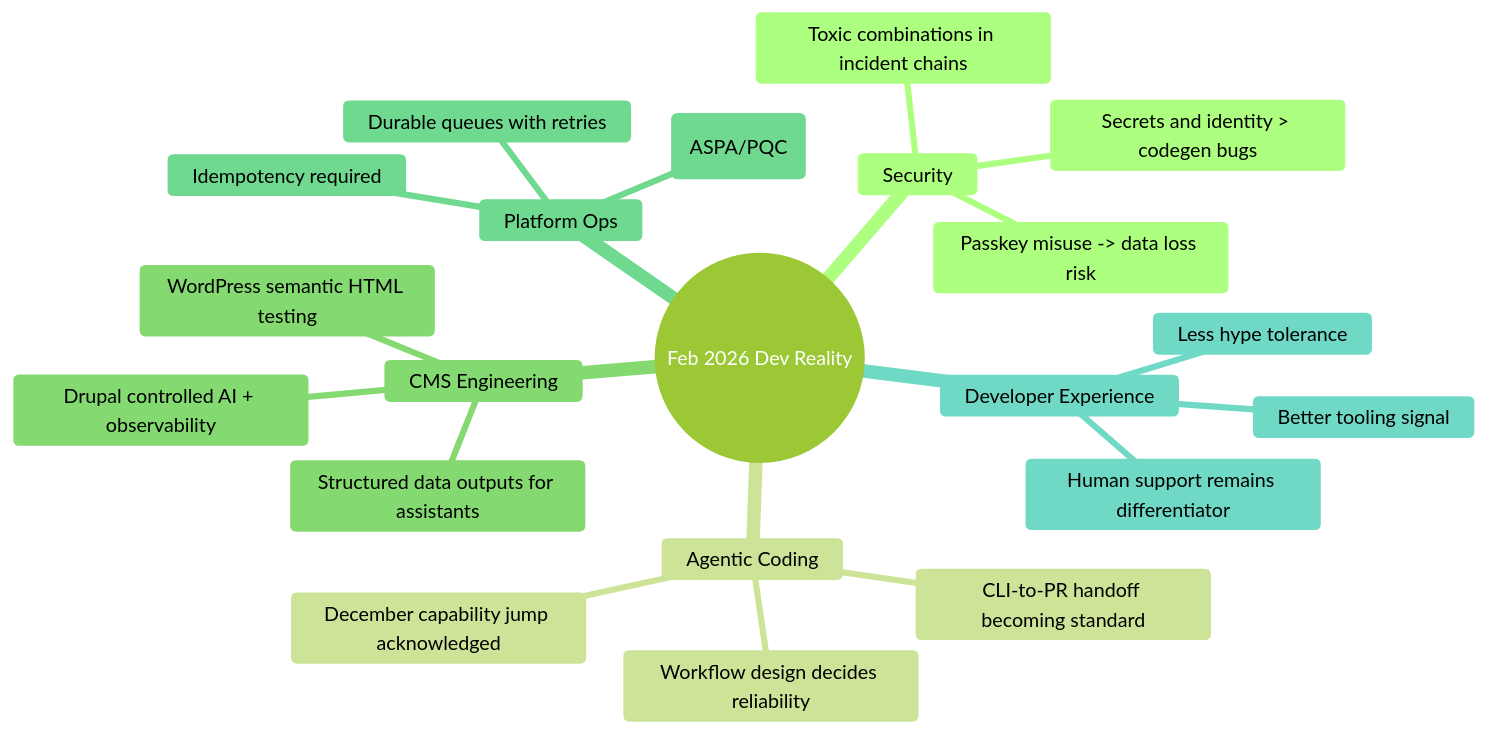
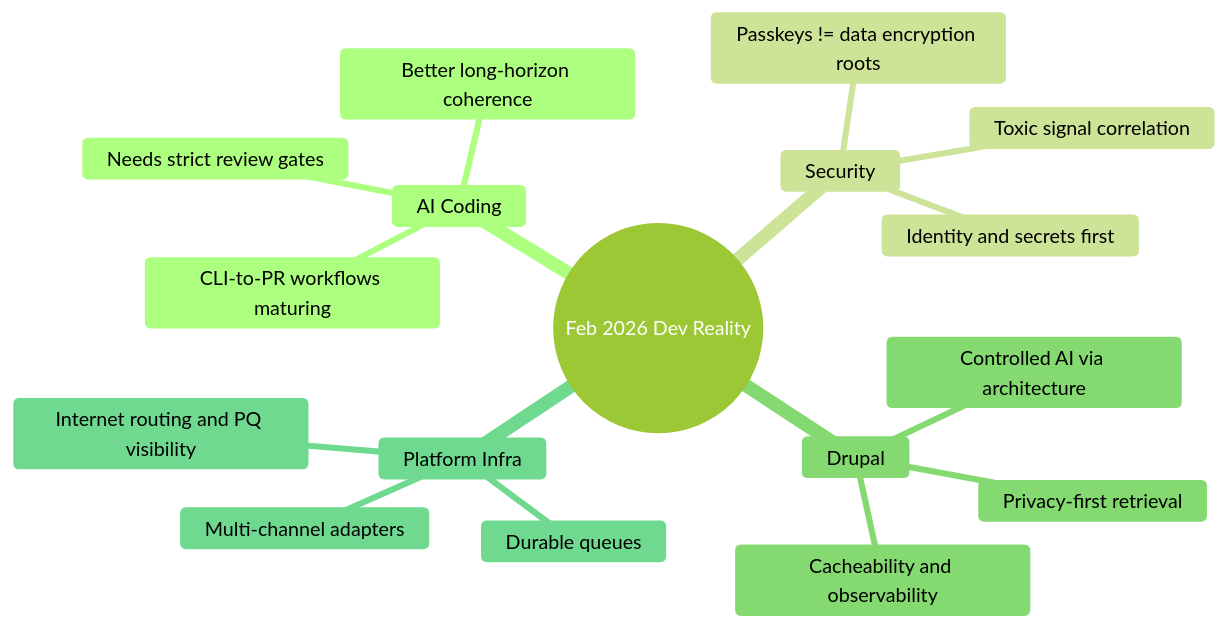
One commit to victorstack-ai/agent-blog changed the second of 2 diagrams in blog/2026-02-28-please-please-please-stop-using-passkeys-for-encrypting-user.md. Above: the diagram before and after it, drawn with Mermaid (forest theme). The commit also changed other lines of this file, not shown here.

Commit message:
Publish learning devlog: 2026-02-28-please-please-please-stop-using-passkeys-for-encrypting-user

````diff
--- a/blog/2026-02-28-please-please-please-stop-using-passkeys-for-encrypting-user.md
+++ b/blog/2026-02-28-please-please-please-stop-using-passkeys-for-encrypting-user.md
@@ -171,24 +144,20 @@
 ```mermaid
 mindmap
   root((Feb 2026 Dev Reality))
+    AI Coding
+      Better long-horizon coherence
+      Needs strict review gates
+      CLI-to-PR workflows maturing
     Security
-      Passkey misuse -> data loss risk
-      Secrets and identity > codegen bugs
-      Toxic combinations in incident chains
-    Agentic Coding
-      December capability jump acknowledged
-      Workflow design decides reliability
-      CLI-to-PR handoff becoming standard
-    CMS Engineering
-      Drupal controlled AI + observability
-      WordPress semantic HTML testing
-      Structured data outputs for assistants
-    Platform Ops
-      Durable queues with retries
-      Idempotency required
-      Routing crypto telemetry (ASPA/PQC)
-    Developer Experience
-      Better tooling signal
-      Less hype tolerance
-      Human support remains differentiator
+      Passkeys != data encryption roots
+      Toxic signal correlation
+      Identity and secrets first
+    Drupal
+      Controlled AI via architecture
+      Cacheability and observability
+      Privacy-first retrieval
+    Platform Infra
+      Durable queues
+      Multi-channel adapters
+      Internet routing and PQ visibility
 ```
````
